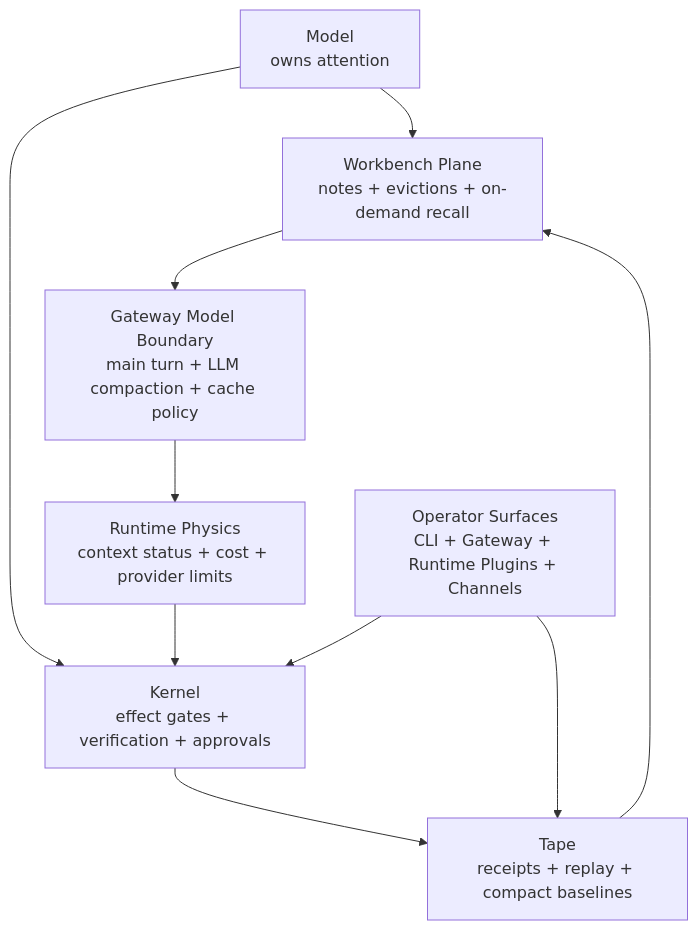
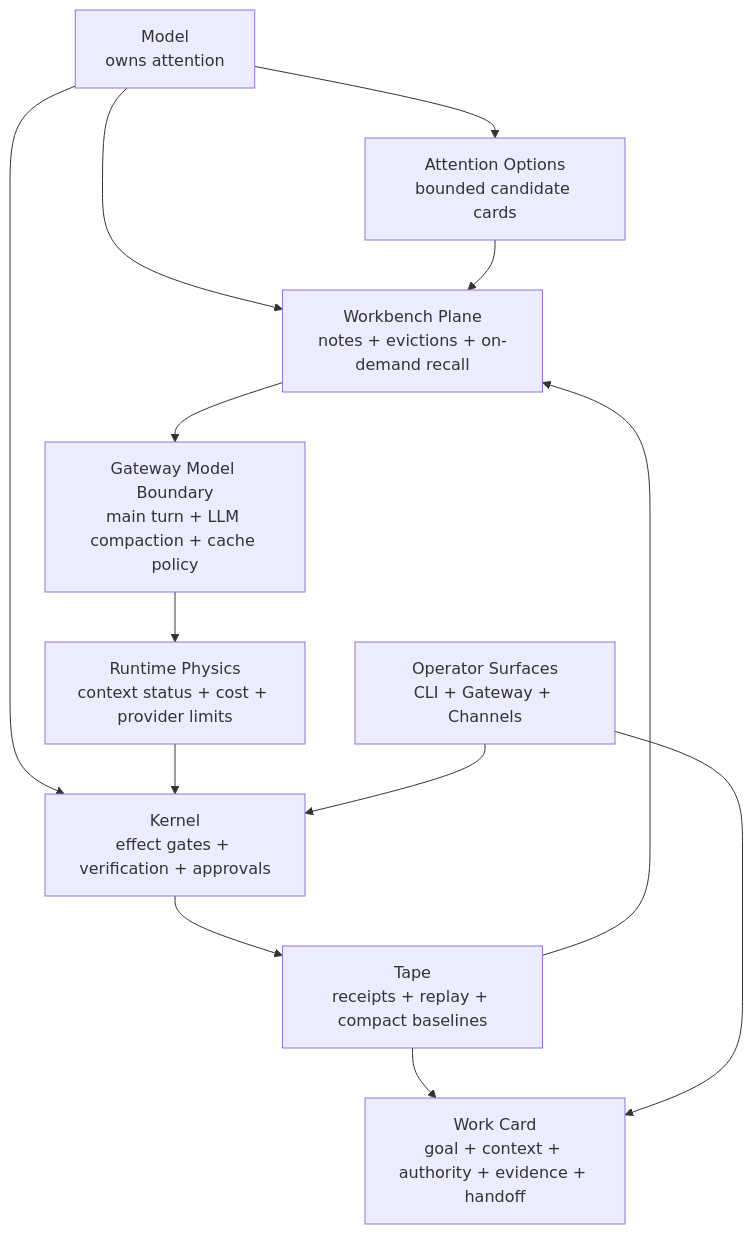
One commit to arcthur/brewva changed the diagram in README.md. Above: the diagram before and after it, drawn with Mermaid. The commit also changed other lines of this file and 108 other files, not shown here.

````diff
--- a/README.md
+++ b/README.md
@@ -40,20 +45,25 @@
 ```mermaid
 flowchart TD
   MODEL["Model<br/>owns attention"]
   WORKBENCH["Workbench Plane<br/>notes + evictions + on-demand recall"]
+  OPTIONS["Attention Options<br/>bounded candidate cards"]
+  WORKCARD["Work Card<br/>goal + context + authority + evidence + handoff"]
   GATEWAY["Gateway Model Boundary<br/>main turn + LLM compaction + cache policy"]
   PHYSICS["Runtime Physics<br/>context status + cost + provider limits"]
   KERNEL["Kernel<br/>effect gates + verification + approvals"]
   TAPE["Tape<br/>receipts + replay + compact baselines"]
-  OPERATOR["Operator Surfaces<br/>CLI + Gateway + Runtime Plugins + Channels"]
+  OPERATOR["Operator Surfaces<br/>CLI + Gateway + Channels"]
 
   MODEL --> WORKBENCH
+  MODEL --> OPTIONS
   WORKBENCH --> GATEWAY
+  OPTIONS --> WORKBENCH
   GATEWAY --> PHYSICS
   MODEL --> KERNEL
   PHYSICS --> KERNEL
   KERNEL --> TAPE
   TAPE --> WORKBENCH
+  TAPE --> WORKCARD
   OPERATOR --> KERNEL
-  OPERATOR --> TAPE
+  OPERATOR --> WORKCARD
 ```
````
